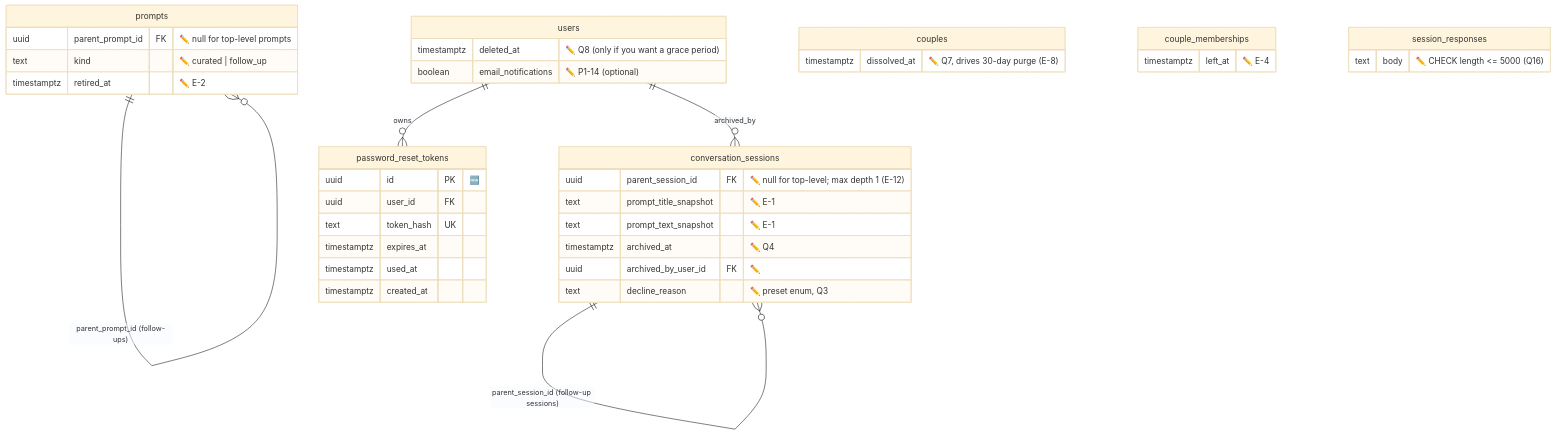
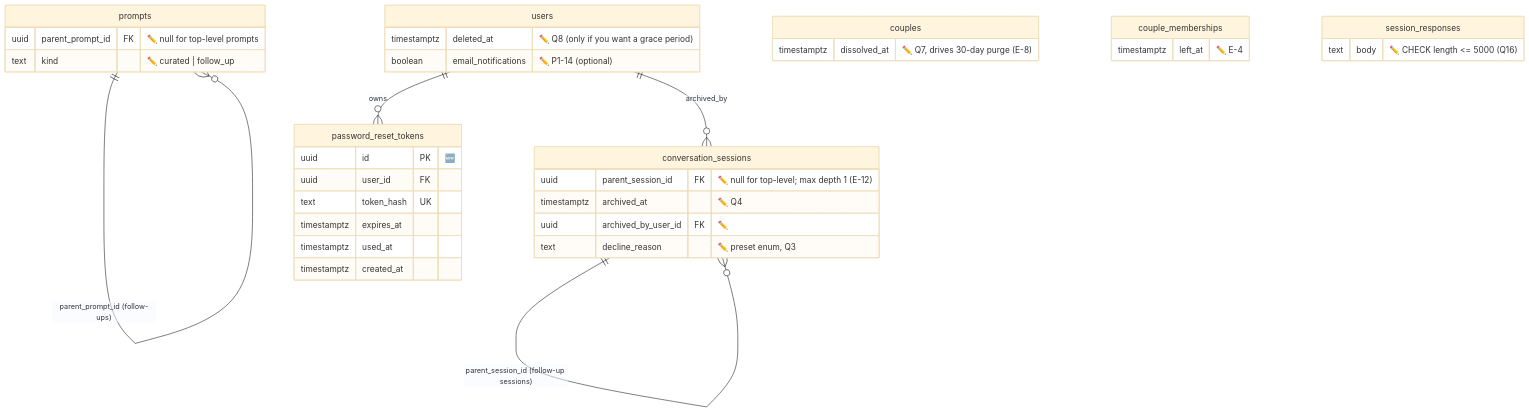
Before and after one commit to dev-by-rue/couple-space: the diagram in docs/plan/erd/mvp-1.md, drawn with Mermaid (base theme). The commit also changed 27 other files, not shown here.

````diff
--- a/docs/plan/erd/mvp-1.md
+++ b/docs/plan/erd/mvp-1.md
@@ -7,42 +7,39 @@
 ```mermaid
 erDiagram
     prompts ||--o{ prompts : "parent_prompt_id (follow-ups)"
     conversation_sessions ||--o{ conversation_sessions : "parent_session_id (follow-up sessions)"
     users ||--o{ password_reset_tokens : "owns"
     users ||--o{ conversation_sessions : "archived_by"
 
     prompts {
         uuid parent_prompt_id FK "✏️ null for top-level prompts"
         text kind "✏️ curated | follow_up"
-        timestamptz retired_at "✏️ E-2"
     }
     conversation_sessions {
         uuid parent_session_id FK "✏️ null for top-level; max depth 1 (E-12)"
-        text prompt_title_snapshot "✏️ E-1"
-        text prompt_text_snapshot "✏️ E-1"
         timestamptz archived_at "✏️ Q4"
         uuid archived_by_user_id FK "✏️"
         text decline_reason "✏️ preset enum, Q3"
     }
     password_reset_tokens {
         uuid id PK "🆕"
         uuid user_id FK
         text token_hash UK
         timestamptz expires_at
         timestamptz used_at
         timestamptz created_at
     }
     couples {
         timestamptz dissolved_at "✏️ Q7, drives 30-day purge (E-8)"
     }
     couple_memberships {
         timestamptz left_at "✏️ E-4"
     }
     session_responses {
         text body "✏️ CHECK length <= 5000 (Q16)"
     }
     users {
         timestamptz deleted_at "✏️ Q8 (only if you want a grace period)"
         boolean email_notifications "✏️ P1-14 (optional)"
     }
 ```
````
